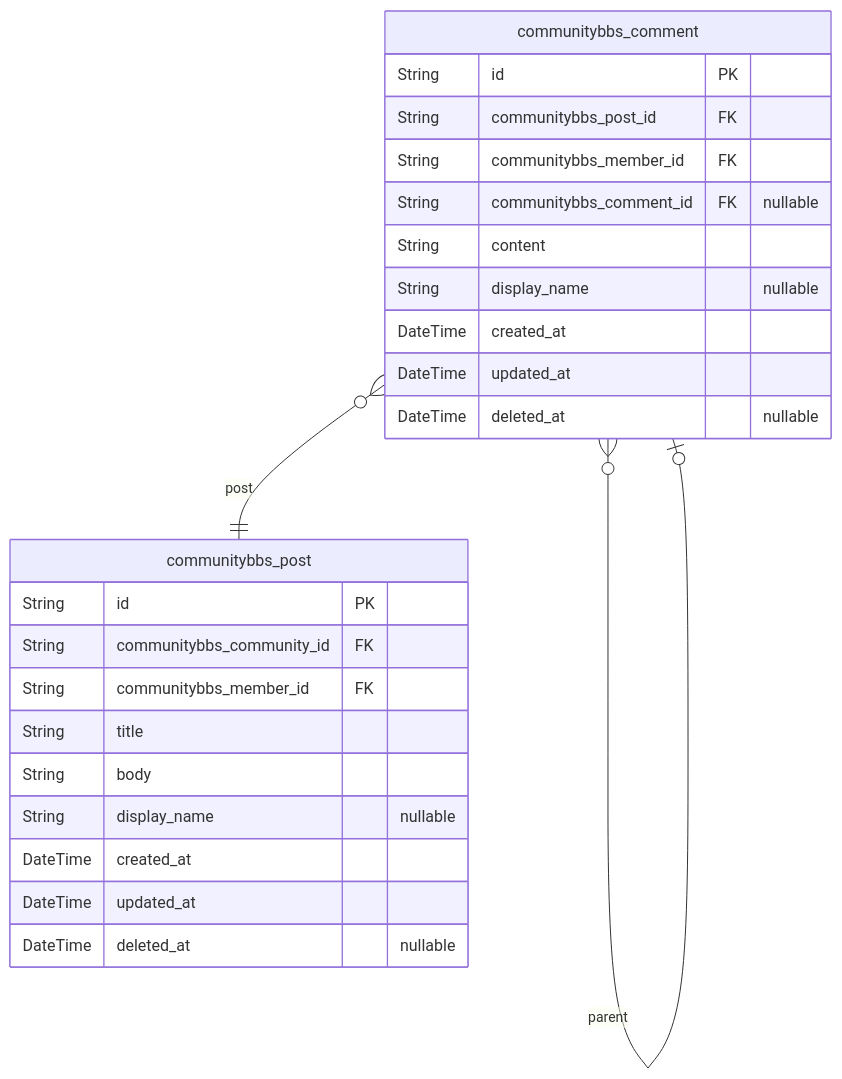
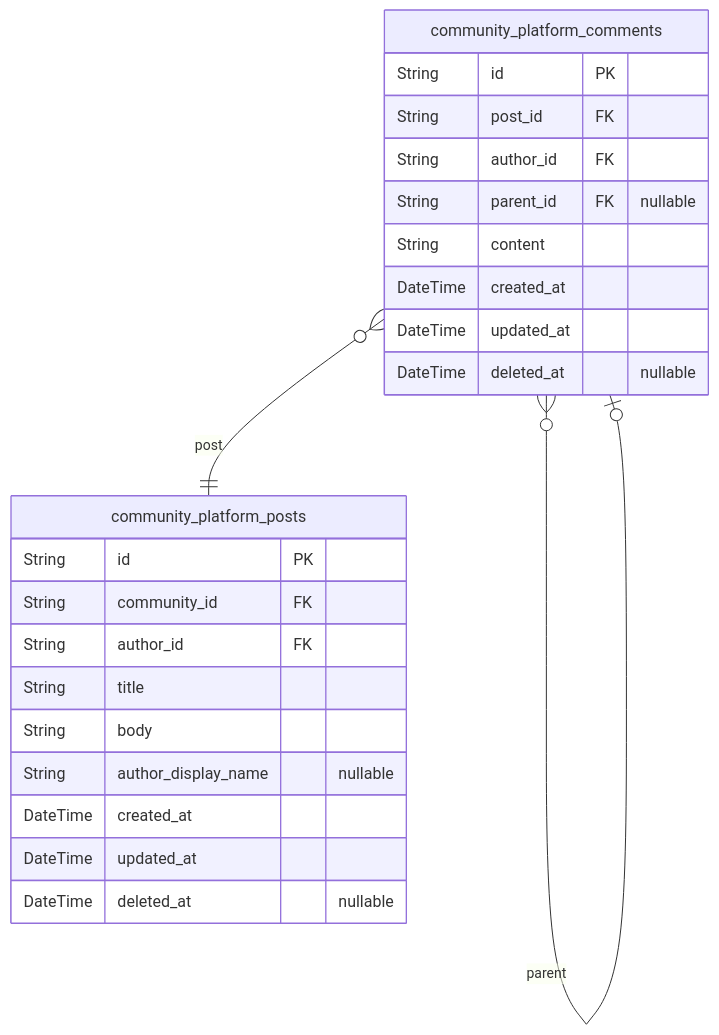
The fourth of 8 diagrams in docs/ERD.md (wrtnlabs/autobe-example-reddit-qwen-qwen3-next-80b-a3b-instruct), drawn with Mermaid before and after one commit. The commit also changed other lines of this file and 472 other files, not shown here.

````diff
--- a/docs/ERD.md
+++ b/docs/ERD.md
@@ -277,27 +204,26 @@
 ```mermaid
 erDiagram
-"communitybbs_post" {
+"community_platform_posts" {
   String id PK
-  String communitybbs_community_id FK
-  String communitybbs_member_id FK
+  String community_id FK
+  String author_id FK
   String title
   String body
-  String display_name "nullable"
+  String author_display_name "nullable"
   DateTime created_at
   DateTime updated_at
   DateTime deleted_at "nullable"
 }
-"communitybbs_comment" {
+"community_platform_comments" {
   String id PK
-  String communitybbs_post_id FK
-  String communitybbs_member_id FK
-  String communitybbs_comment_id FK "nullable"
+  String post_id FK
+  String author_id FK
+  String parent_id FK "nullable"
   String content
-  String display_name "nullable"
   DateTime created_at
   DateTime updated_at
   DateTime deleted_at "nullable"
 }
-"communitybbs_comment" }o--|| "communitybbs_post" : post
-"communitybbs_comment" }o--o| "communitybbs_comment" : parent
+"community_platform_comments" }o--|| "community_platform_posts" : post
+"community_platform_comments" }o--o| "community_platform_comments" : parent
 ```
````
